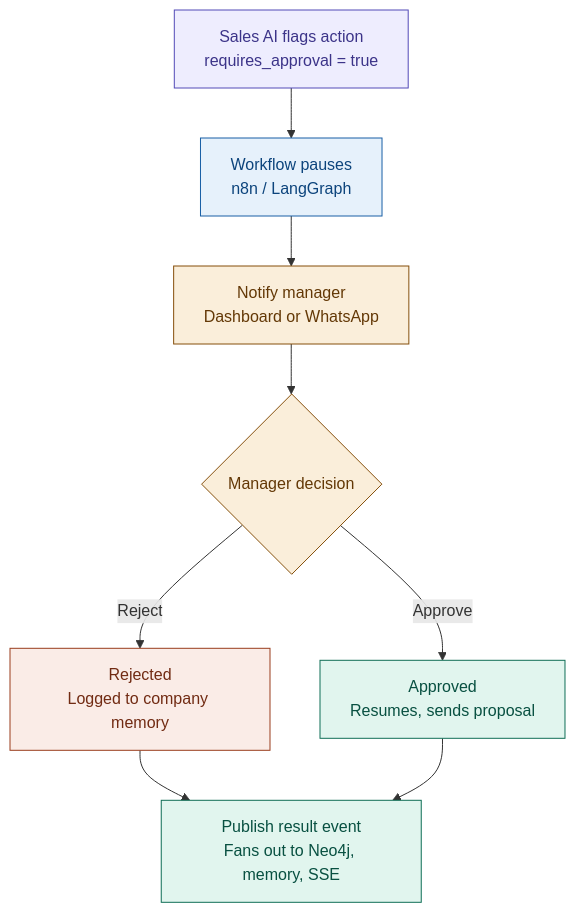
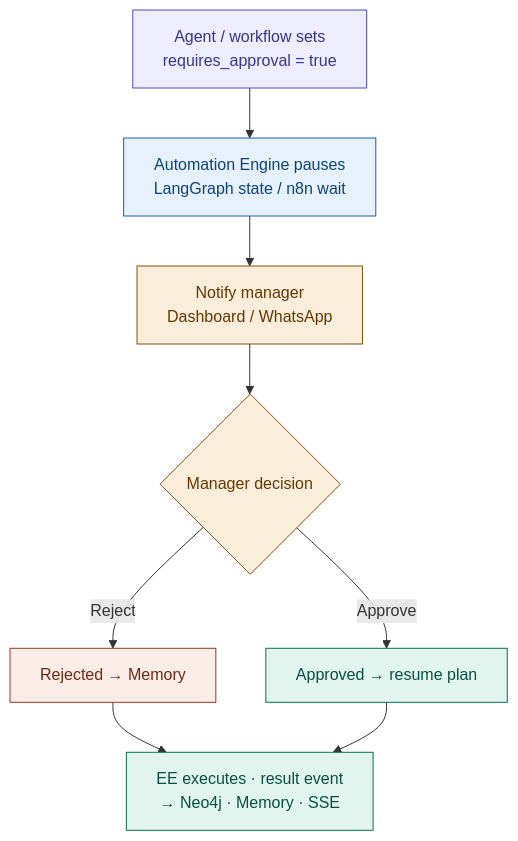
The fifth of 8 diagrams in IREIOS_3.0_Architecture_Diagrams.md (imperiondata/real-estate-ai-lead-agent), drawn with Mermaid before and after one commit. The commit also changed other lines of this file and 2 other files, not shown here.

Commit message:
docs: updated architecture diagrams and implementation plans based on current scope and requirements

````diff
--- a/IREIOS_3.0_Architecture_Diagrams.md
+++ b/IREIOS_3.0_Architecture_Diagrams.md
@@ -175,29 +316,26 @@
 ```mermaid
 flowchart TD
-    D1["Sales AI flags action<br/>requires_approval = true"]
-    D2["Workflow pauses<br/>n8n / LangGraph"]
-    D3["Notify manager<br/>Dashboard or WhatsApp"]
-    D4{"Manager decision"}
-    D5["Rejected<br/>Logged to company memory"]
-    D6["Approved<br/>Resumes, sends proposal"]
-    D7["Publish result event<br/>Fans out to Neo4j, memory, SSE"]
+    D1[Agent / workflow sets<br/>requires_approval = true]
+    D2[Automation Engine pauses<br/>LangGraph state / n8n wait]
+    D3[Notify manager<br/>Dashboard / WhatsApp]
+    D4{Manager decision}
+    D5[Rejected → Memory]
+    D6[Approved → resume plan]
+    D7[EE executes · result event<br/>→ Neo4j · Memory · SSE]
 
     D1 --> D2 --> D3 --> D4
     D4 -->|Reject| D5 --> D7
     D4 -->|Approve| D6 --> D7
 
-    classDef gray fill:#F1EFE8,stroke:#5F5E5A,color:#2C2C2A;
     classDef blue fill:#E6F1FB,stroke:#185FA5,color:#0C447C;
     classDef teal fill:#E1F5EE,stroke:#0F6E56,color:#085041;
     classDef purple fill:#EEEDFE,stroke:#534AB7,color:#3C3489;
     classDef amber fill:#FAEEDA,stroke:#854F0B,color:#633806;
     classDef coral fill:#FAECE7,stroke:#993C1D,color:#712B13;
 
     class D1 purple
     class D2 blue
-    class D3 amber
-    class D4 amber
+    class D3,D4 amber
     class D5 coral
-    class D6 teal
-    class D7 teal
+    class D6,D7 teal
 ```
````
